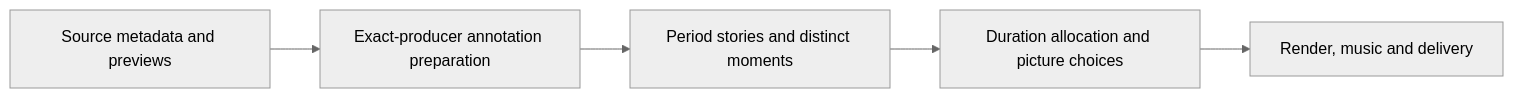
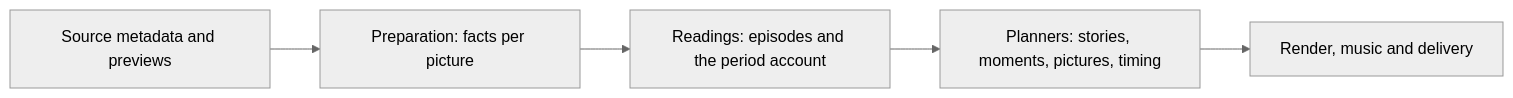
The diagram in docs-site/docs/create/pipeline/pipeline-overview.md (chenzeyan54-commits/immich-video-memory-generator), drawn with Mermaid (neutral theme) before and after one commit. The commit also changed other lines of this file and 26 other files, not shown here.

````diff
--- a/docs-site/docs/create/pipeline/pipeline-overview.md
+++ b/docs-site/docs/create/pipeline/pipeline-overview.md
@@ -26,7 +13,7 @@
 ```mermaid
 flowchart LR
-    source["Source metadata and previews"] --> facts["Exact-producer annotation preparation"]
-    facts --> stories["Period stories and distinct moments"]
-    stories --> choose["Duration allocation and picture choices"]
+    source["Source metadata and previews"] --> facts["Preparation: facts per picture"]
+    facts --> stories["Readings: episodes and the period account"]
+    stories --> choose["Planners: stories, moments, pictures, timing"]
     choose --> render["Render, music and delivery"]
 ```
````
